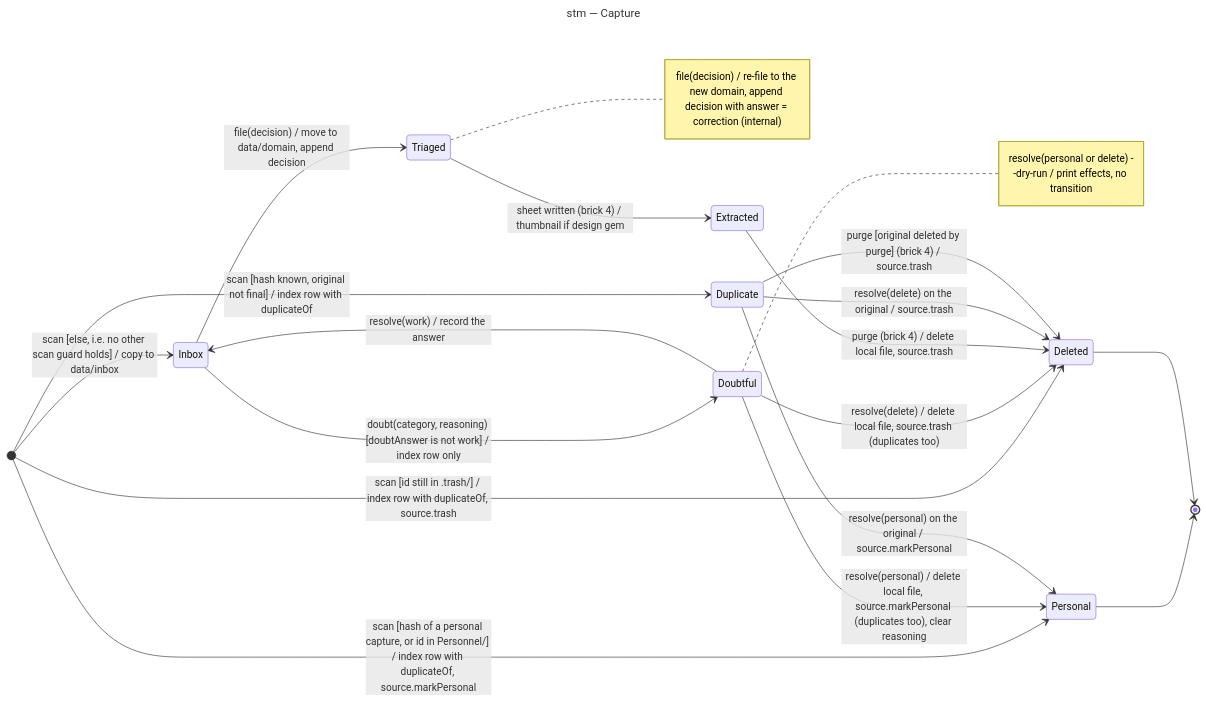
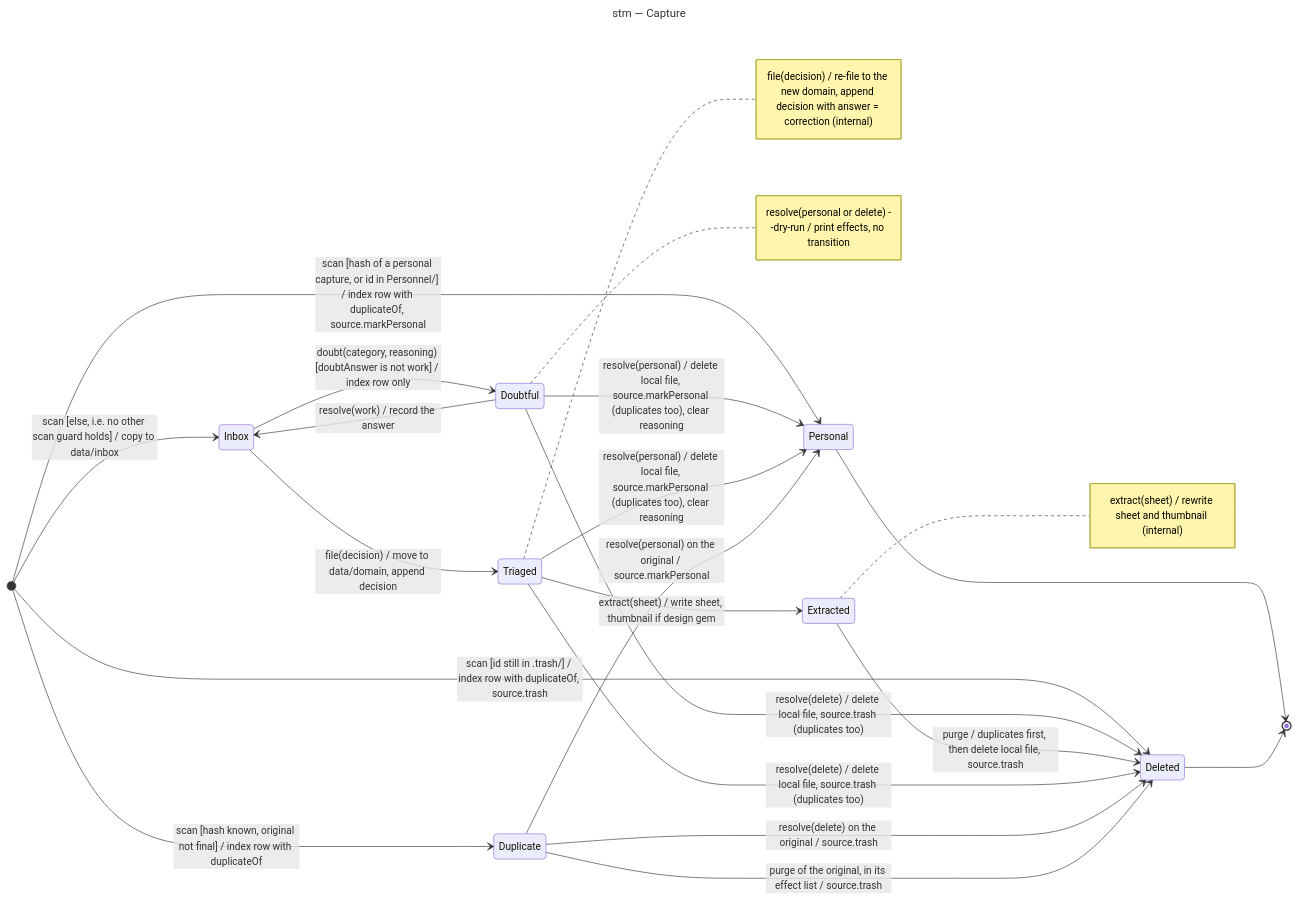
The diagram in docs/architecture/diagrams/triage/05-state-capture.md (benoit-bremaud/screenshot-triage), drawn with Mermaid before and after one commit. The commit also changed other lines of this file and 14 other files, not shown here.

First line of the commit message:
docs(extract/architecture): model extraction sheets, purge and the enrichment PR (#10)

````diff
--- a/docs/architecture/diagrams/triage/05-state-capture.md
+++ b/docs/architecture/diagrams/triage/05-state-capture.md
@@ -13,29 +13,34 @@
 ```mermaid
 ---
 title: stm — Capture
 ---
 stateDiagram-v2
   direction LR
   [*] --> Inbox: scan [else, i.e. no other scan guard holds] / copy to data/inbox
   [*] --> Duplicate: scan [hash known, original not final] / index row with duplicateOf
   [*] --> Personal: scan [hash of a personal capture, or id in Personnel/] / index row with duplicateOf, source.markPersonal
   [*] --> Deleted: scan [id still in .trash/] / index row with duplicateOf, source.trash
   Inbox --> Triaged: file(decision) / move to data/domain, append decision
   Inbox --> Doubtful: doubt(category, reasoning) [doubtAnswer is not work] / index row only
   Doubtful --> Inbox: resolve(work) / record the answer
   Doubtful --> Personal: resolve(personal) / delete local file, source.markPersonal (duplicates too), clear reasoning
   Doubtful --> Deleted: resolve(delete) / delete local file, source.trash (duplicates too)
-  Triaged --> Extracted: sheet written (brick 4) / thumbnail if design gem
-  Extracted --> Deleted: purge (brick 4) / delete local file, source.trash
+  Triaged --> Extracted: extract(sheet) / write sheet, thumbnail if design gem
+  Extracted --> Deleted: purge / duplicates first, then delete local file, source.trash
+  Triaged --> Personal: resolve(personal) / delete local file, source.markPersonal (duplicates too), clear reasoning
+  Triaged --> Deleted: resolve(delete) / delete local file, source.trash (duplicates too)
   Duplicate --> Personal: resolve(personal) on the original / source.markPersonal
   Duplicate --> Deleted: resolve(delete) on the original / source.trash
-  Duplicate --> Deleted: purge [original deleted by purge] (brick 4) / source.trash
+  Duplicate --> Deleted: purge of the original, in its effect list / source.trash
   Personal --> [*]
   Deleted --> [*]
   note right of Triaged
     file(decision) / re-file to the new domain, append decision with answer = correction (internal)
   end note
+  note right of Extracted
+    extract(sheet) / rewrite sheet and thumbnail (internal)
+  end note
   note right of Doubtful
     resolve(personal or delete) --dry-run / print effects, no transition
   end note
 ```
````
